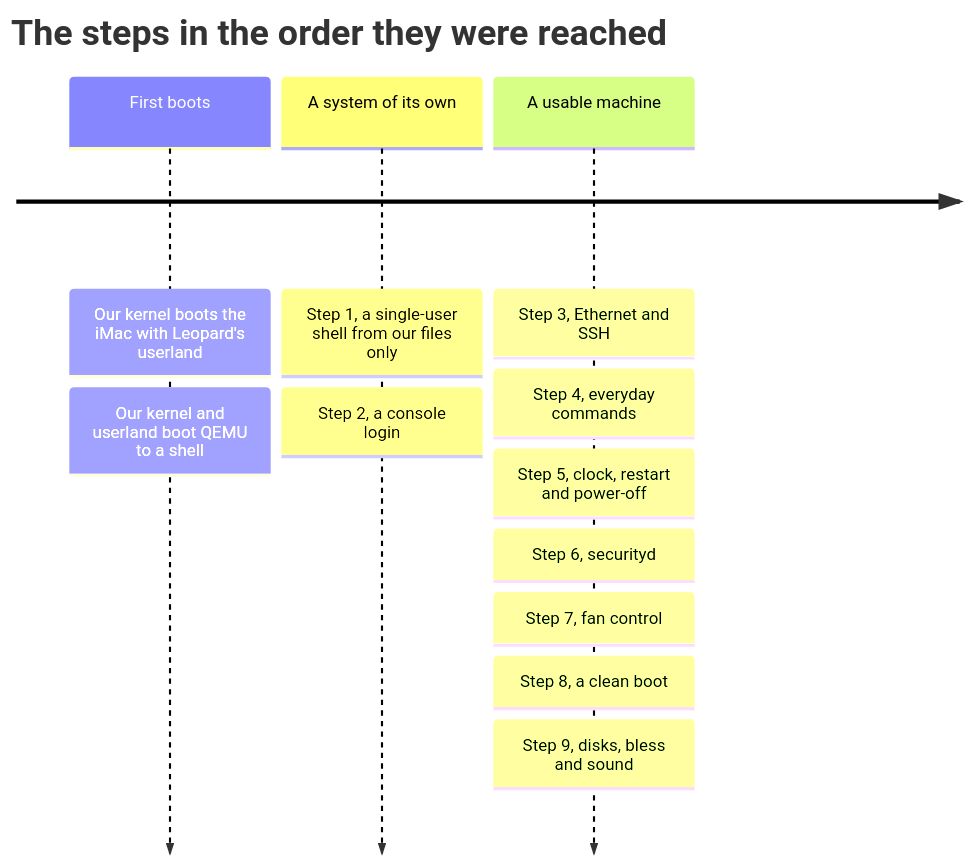
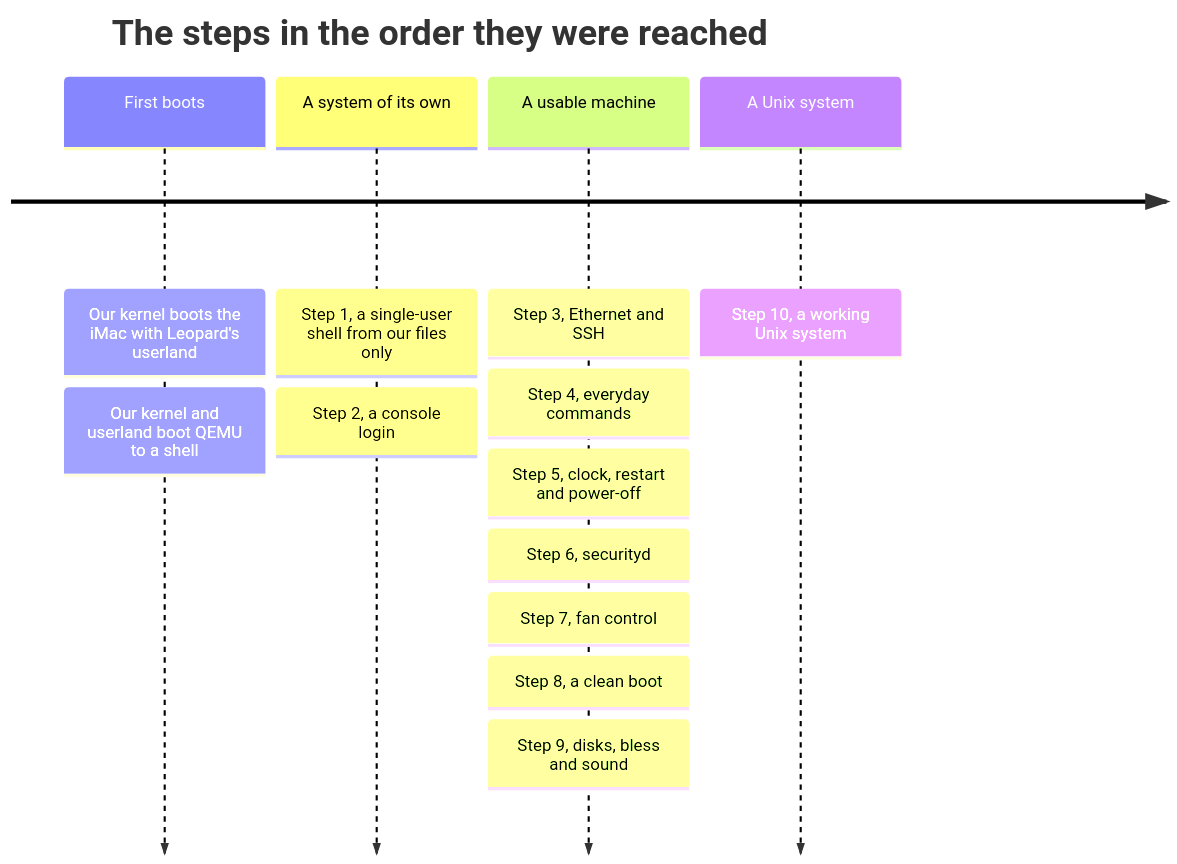
Before and after one commit to nyg/PowerDarwin: the diagram in docs/src/README.md, drawn with Mermaid. The commit also changed other lines of this file and 16 other files, not shown here.

````diff
--- a/docs/src/README.md
+++ b/docs/src/README.md
@@ -11,15 +11,16 @@
 ```mermaid
 timeline
     title The steps in the order they were reached
     First boots : Our kernel boots the iMac with Leopard's userland
                 : Our kernel and userland boot QEMU to a shell
     A system of its own : Step 1, a single-user shell from our files only
                         : Step 2, a console login
     A usable machine : Step 3, Ethernet and SSH
                      : Step 4, everyday commands
                      : Step 5, clock, restart and power-off
                      : Step 6, securityd
                      : Step 7, fan control
                      : Step 8, a clean boot
                      : Step 9, disks, bless and sound
+    A Unix system : Step 10, a working Unix system
 ```
````
